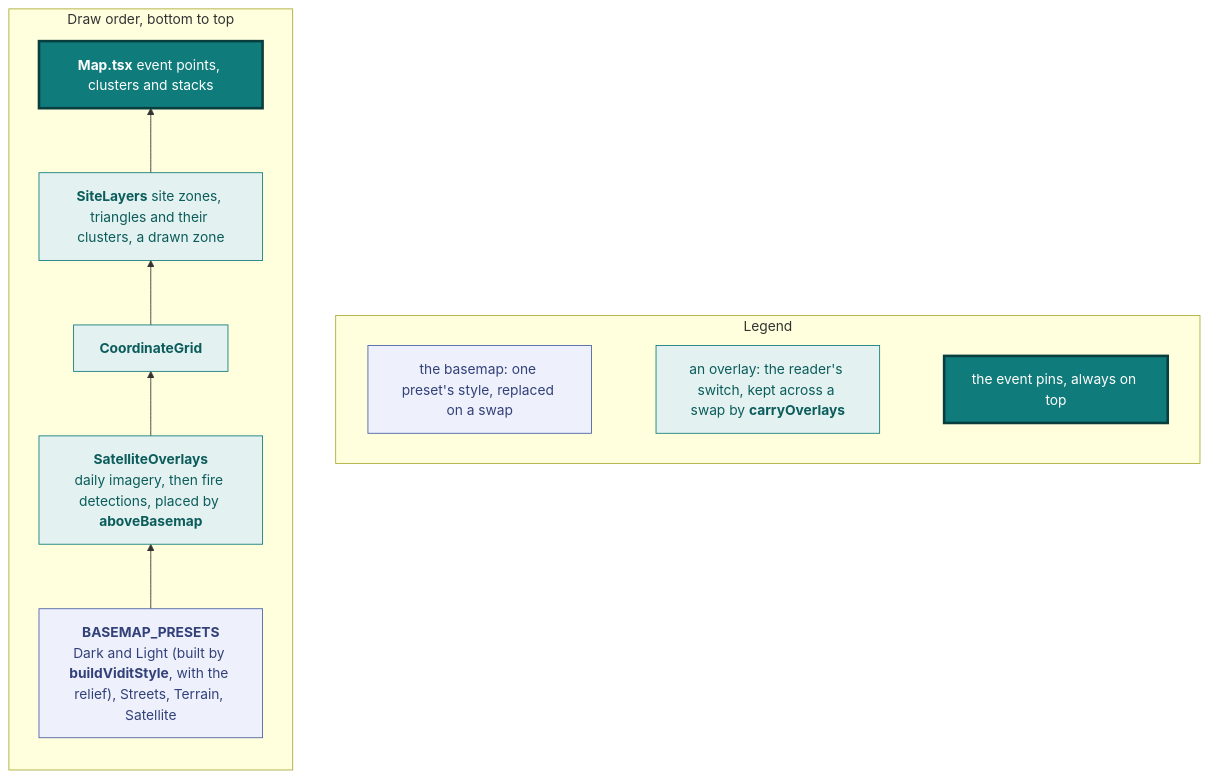
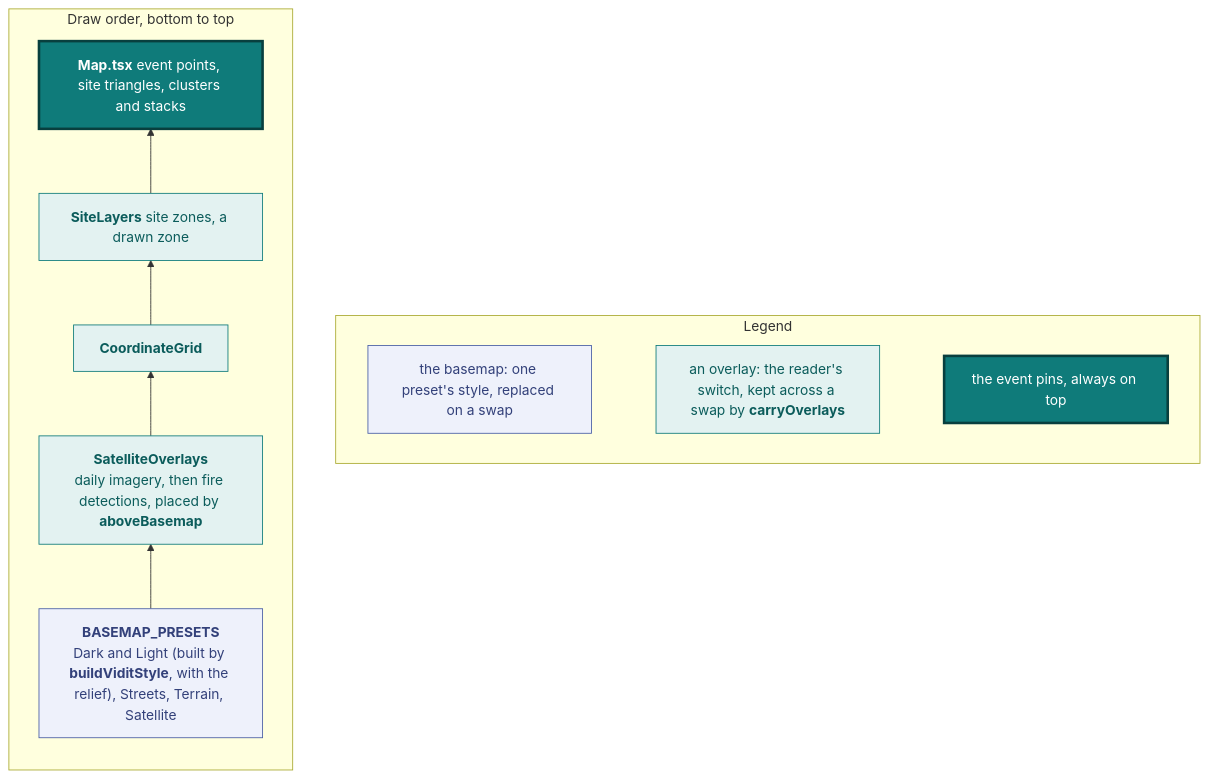
One commit to vidithq/vidit changed the second of 20 diagrams in docs/design.md. Above: the diagram before and after it, drawn with Mermaid. The commit also changed other lines of this file and 7 other files, not shown here.

First line of the commit message:
feat(map): cluster sites with the events, a site triangle beside the circle

````diff
--- a/docs/design.md
+++ b/docs/design.md
@@ -180,26 +180,26 @@
 ```mermaid
 flowchart BT
   classDef spec fill:#eef1fb,stroke:#4a5fa5,color:#33417a
   classDef shared fill:#e3f2f1,stroke:#0f7b7a,color:#0b5c5b
   classDef core fill:#0f7b7a,stroke:#083f3e,stroke-width:3px,color:#ffffff
 
   subgraph legend [Legend]
     direction LR
     l1["`the basemap: one preset's style, replaced on a swap`"]:::spec
     l2["`an overlay: the reader's switch, kept across a swap by **carryOverlays**`"]:::shared
     l3["`the event pins, always on top`"]:::core
     l1 ~~~ l2 ~~~ l3
   end
 
   subgraph stack [Draw order, bottom to top]
     direction BT
     basemap["`**BASEMAP_PRESETS**
     Dark and Light (built by **buildViditStyle**, with the relief), Streets, Terrain, Satellite`"]:::spec
     imagery["`**SatelliteOverlays**
     daily imagery, then fire detections, placed by **aboveBasemap**`"]:::shared
     grid["`**CoordinateGrid**`"]:::shared
-    sites["`**SiteLayers** site zones, triangles and their clusters, a drawn zone`"]:::shared
-    pins["`**Map.tsx** event points, clusters and stacks`"]:::core
+    sites["`**SiteLayers** site zones, a drawn zone`"]:::shared
+    pins["`**Map.tsx** event points, site triangles, clusters and stacks`"]:::core
     basemap --> imagery --> grid --> sites --> pins
   end
 ```
````
